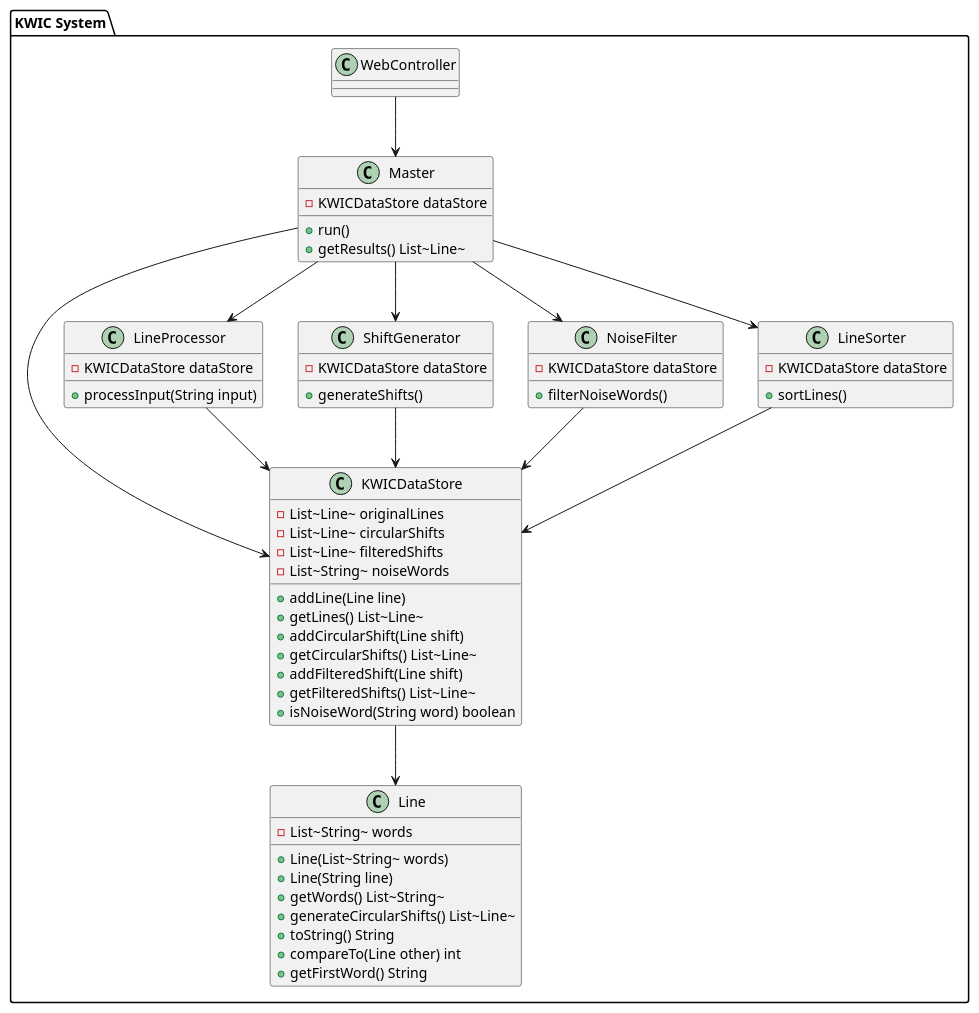
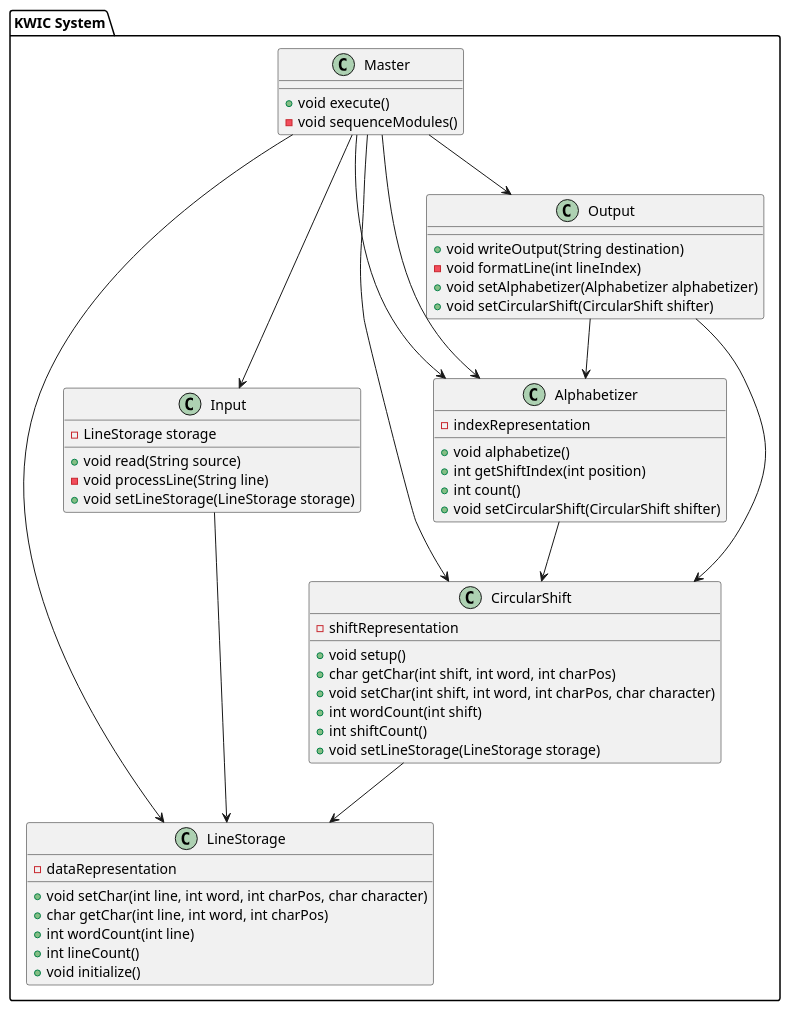
One commit to zenOfBass/SAD-Assignment-3-II changed the diagram in kwic_class.puml. Above: the diagram before and after it, drawn with PlantUML. The commit also changed 1 other file, not shown here.

Commit message:
Uml fixes

```diff
--- a/kwic_class.puml
+++ b/kwic_class.puml
@@ -1,67 +1,63 @@
 @startuml kwic
 package "KWIC System" {
 
-    class KWICDataStore {
-        -List~Line~ originalLines
-        -List~Line~ circularShifts
-        -List~Line~ filteredShifts
-        -List~String~ noiseWords
-        +addLine(Line line)
-        +getLines() List~Line~
-        +addCircularShift(Line shift)
-        +getCircularShifts() List~Line~
-        +addFilteredShift(Line shift)
-        +getFilteredShifts() List~Line~
-        +isNoiseWord(String word) boolean
+    class Master {
+        +void execute()
+        -void sequenceModules()
     }
 
-    class Master {
-        -KWICDataStore dataStore
-        +run()
-        +getResults() List~Line~
+    class LineStorage {
+        -dataRepresentation
+        +void setChar(int line, int word, int charPos, char character)
+        +char getChar(int line, int word, int charPos)
+        +int wordCount(int line)
+        +int lineCount()
+        +void initialize()
     }
 
-    class LineProcessor {
-        -KWICDataStore dataStore
-        +processInput(String input)
+    class Input {
+        -LineStorage storage
+        +void read(String source)
+        -void processLine(String line)
+        +void setLineStorage(LineStorage storage)
     }
 
-    class ShiftGenerator {
-        -KWICDataStore dataStore
-        +generateShifts()
+    class CircularShift {
+        -shiftRepresentation
+        +void setup()
+        +char getChar(int shift, int word, int charPos)
+        +void setChar(int shift, int word, int charPos, char character)
+        +int wordCount(int shift)
+        +int shiftCount()
+        +void setLineStorage(LineStorage storage)
     }
 
-    class NoiseFilter {
-        -KWICDataStore dataStore
-        +filterNoiseWords()
+    class Alphabetizer {
+        -indexRepresentation
+        +void alphabetize()
+        +int getShiftIndex(int position)
+        +int count()
+        +void setCircularShift(CircularShift shifter)
     }
 
-    class LineSorter {
-        -KWICDataStore dataStore
-        +sortLines()
+    class Output {
+        +void writeOutput(String destination)
+        -void formatLine(int lineIndex)
+        +void setAlphabetizer(Alphabetizer alphabetizer)
+        +void setCircularShift(CircularShift shifter)
     }
 
-    class Line {
-        -List~String~ words
-        +Line(List~String~ words)
-        +Line(String line)
-        +getWords() List~String~
-        +generateCircularShifts() List~Line~
-        +toString() String
-        +compareTo(Line other) int
-        +getFirstWord() String
-    }
-
-    KWICDataStore --> Line
-    Master --> KWICDataStore
-    Master --> LineProcessor
-    Master --> ShiftGenerator
-    Master --> NoiseFilter
-    Master --> LineSorter
-    WebController --> Master
-    LineProcessor --> KWICDataStore
-    ShiftGenerator --> KWICDataStore
-    NoiseFilter --> KWICDataStore
-    LineSorter --> KWICDataStore
+    Master --> Input
+    Master --> LineStorage
+    Master --> CircularShift
+    Master --> Alphabetizer
+    Master --> Output
+    Master --> Alphabetizer
+    
+    Input --> LineStorage
+    CircularShift --> LineStorage
+    Alphabetizer --> CircularShift
+    Output --> Alphabetizer
+    Output --> CircularShift
 }
 @enduml
```
